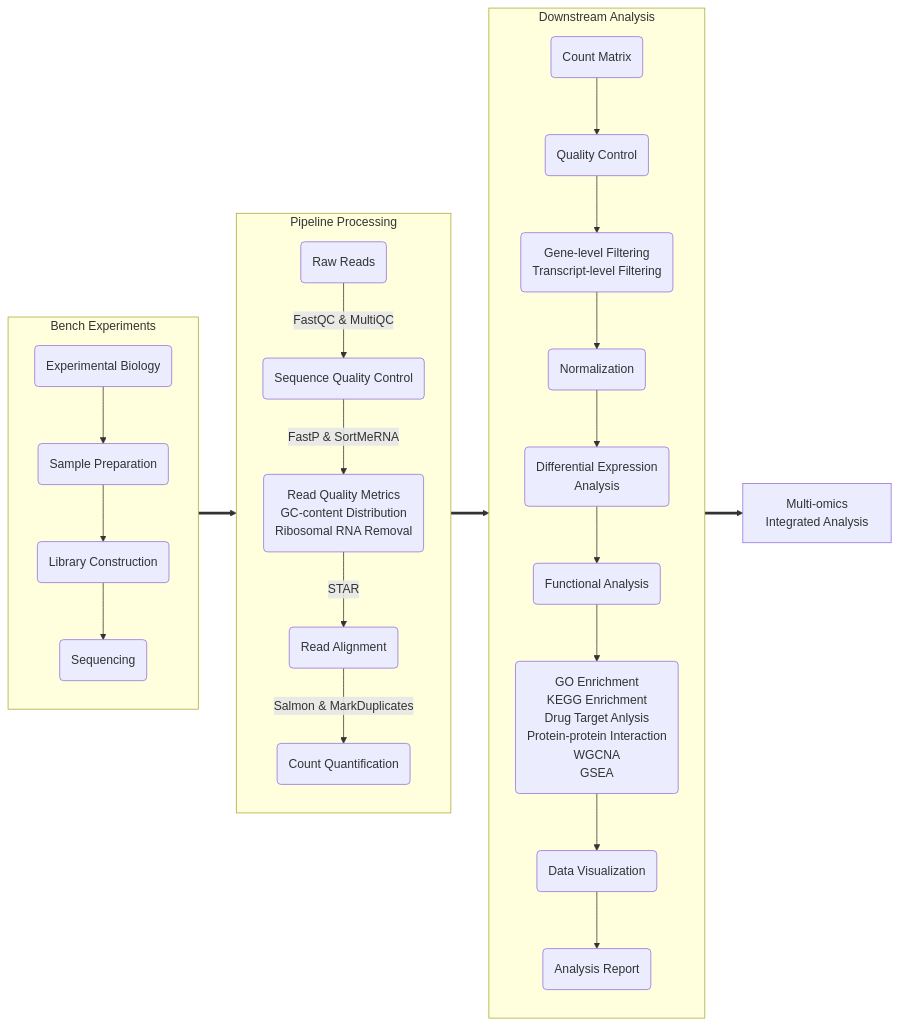
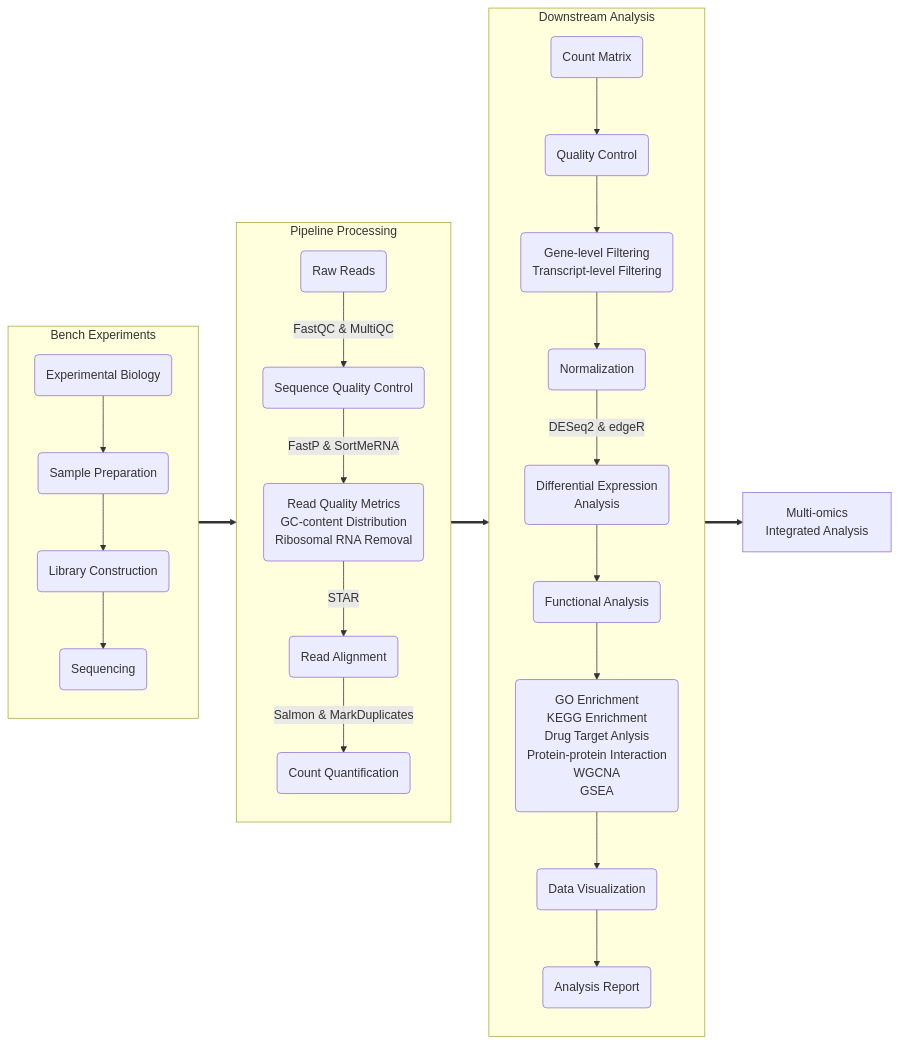
Before and after one commit to lw33in/RNA-seq: the diagram in README.md, drawn with Mermaid.

````diff
--- a/README.md
+++ b/README.md
@@ -26,49 +26,49 @@
 ```mermaid
 flowchart LR
 
 subgraph A["Bench Experiments"]
 direction TB
     A1(Experimental Biology) --> A2(Sample Preparation) --> A3(Library Construction)
     --> A4(Sequencing)
 end
 
 subgraph B["Pipeline Processing"]
 direction TB
     B1(Raw Reads)
     B2(Sequence Quality Control)
     B2.1("Read Quality Metrics
         GC-content Distribution
         Ribosomal RNA Removal")
     B3(Read Alignment)
     B4(Count Quantification)
 
     B1 --> |FastQC & MultiQC|B2--> |FastP & SortMeRNA|B2.1 --> |STAR|B3 --> |Salmon & MarkDuplicates|B4
 end
 
 subgraph C["Downstream Analysis"]
 direction TB
     C1(Count Matrix) 
     C2(Quality Control) 
     C2.1("Gene-level Filtering
         Transcript-level Filtering") 
     C3(Normalization) 
     C4("Differential Expression
         Analysis")
     C5(Functional Analysis) 
     C5.1("GO Enrichment
         KEGG Enrichment
         Drug Target Anlysis
         Protein-protein Interaction
         WGCNA
         GSEA")
     C6(Data Visualization)
     C7(Analysis Report)
 
-    C1 --> C2 --> C2.1 --> C3--> C4 --> C5 --> C5.1 --> C6 --> C7
+    C1 --> C2 --> C2.1 --> C3--> |DESeq2 & edgeR|C4 --> C5 --> C5.1 --> C6 --> C7
 end
 
 D["Multi-omics
     Integrated Analysis"]
 
 A ==> B ==> C ==> D
 ```
````
